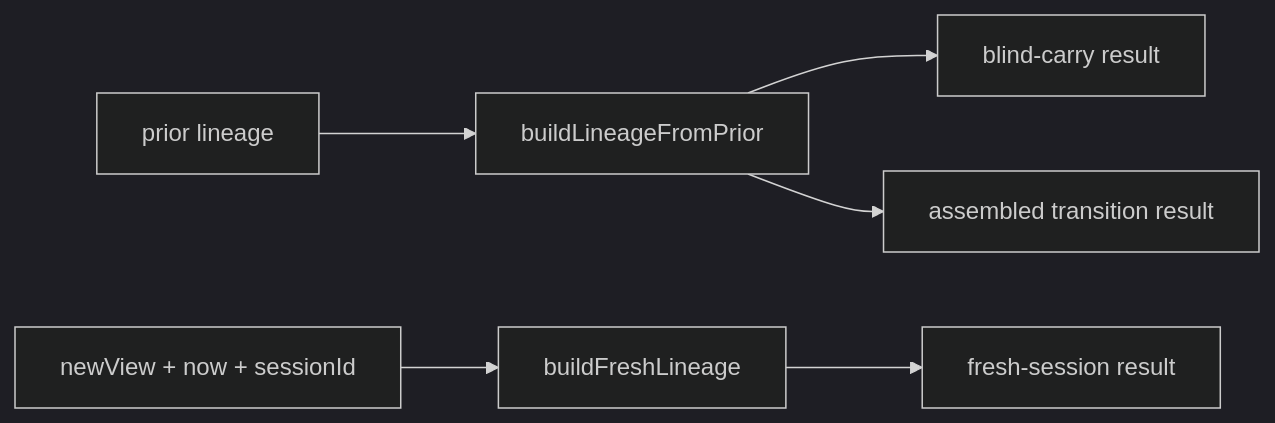
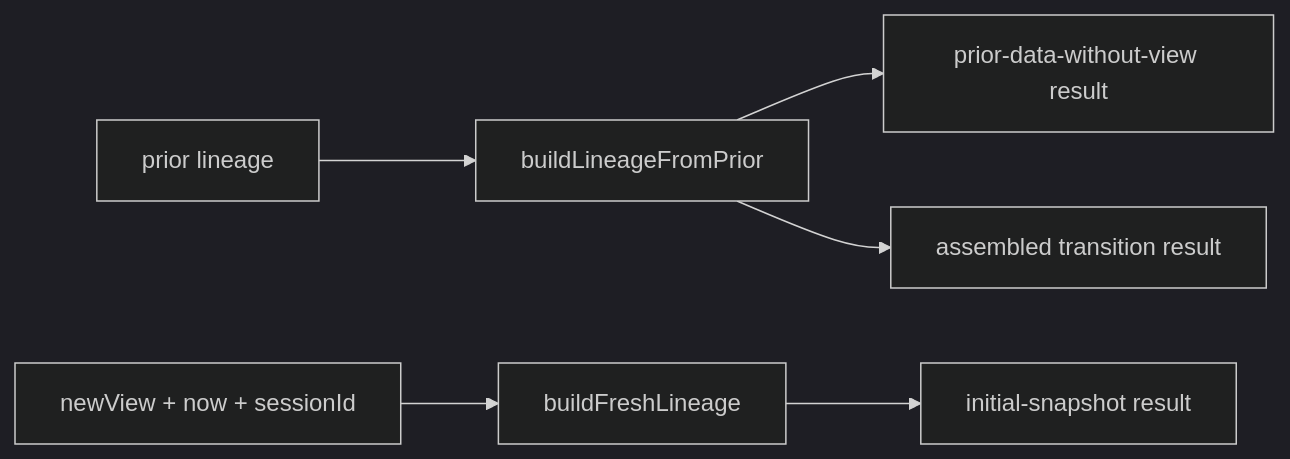
Before and after one commit to brytoncooper/continuum-dev: the second of 3 diagrams in packages/runtime/src/lib/reconciliation/result-builder/README.md, drawn with Mermaid (dark theme). The commit also changed other lines of this file and 26 other files, not shown here.

````diff
--- a/packages/runtime/src/lib/reconciliation/result-builder/README.md
+++ b/packages/runtime/src/lib/reconciliation/result-builder/README.md
@@ -134,8 +134,8 @@
 ```mermaid
 flowchart LR
   priorLineage["prior lineage"] --> fromPrior["buildLineageFromPrior"]
   freshInput["newView + now + sessionId"] --> freshLineage["buildFreshLineage"]
-  fromPrior --> blindPath["blind-carry result"]
+  fromPrior --> blindPath["prior-data-without-view result"]
   fromPrior --> assemblePath["assembled transition result"]
-  freshLineage --> freshPath["fresh-session result"]
+  freshLineage --> freshPath["initial-snapshot result"]
 ```
````
